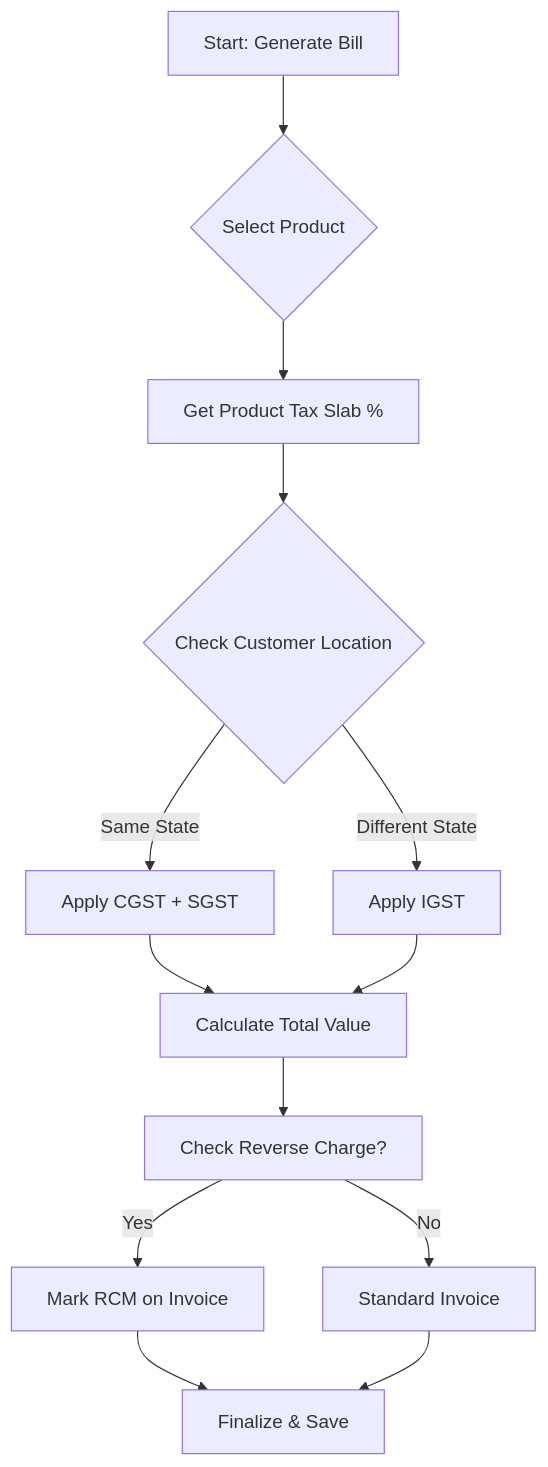
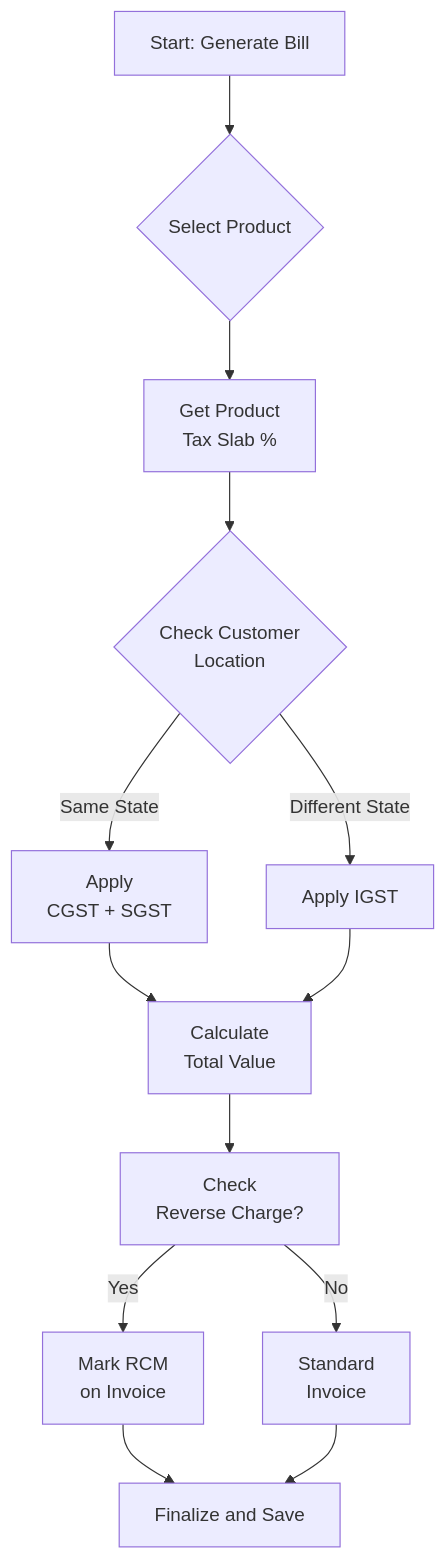
One commit to DHEENA0007/GST-Billing-clg changed the third of 12 diagrams in documentation.md. Above: the diagram before and after it, drawn with Mermaid. The commit also changed other lines of this file and 5 other files, not shown here.

````diff
--- a/documentation.md
+++ b/documentation.md
@@ -229,15 +253,15 @@
 ```mermaid
 flowchart TD
     A[Start: Generate Bill] --> B{Select Product}
-    B --> C[Get Product Tax Slab %]
-    C --> D{Check Customer Location}
-    D -- Same State --> E[Apply CGST + SGST]
+    B --> C[Get Product<br/>Tax Slab %]
+    C --> D{Check Customer<br/>Location}
+    D -- Same State --> E[Apply<br/>CGST + SGST]
     D -- Different State --> F[Apply IGST]
-    E --> G[Calculate Total Value]
+    E --> G[Calculate<br/>Total Value]
     F --> G
-    G --> H[Check Reverse Charge?]
-    H -- Yes --> I[Mark RCM on Invoice]
-    H -- No --> J[Standard Invoice]
-    I --> K[Finalize & Save]
+    G --> H[Check<br/>Reverse Charge?]
+    H -- Yes --> I[Mark RCM<br/>on Invoice]
+    H -- No --> J[Standard<br/>Invoice]
+    I --> K[Finalize and Save]
     J --> K
 ```
````
